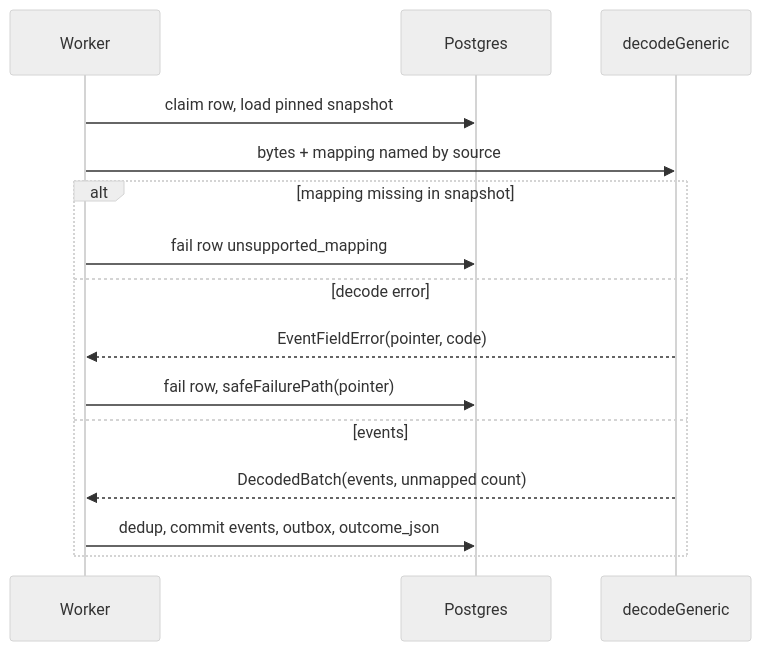
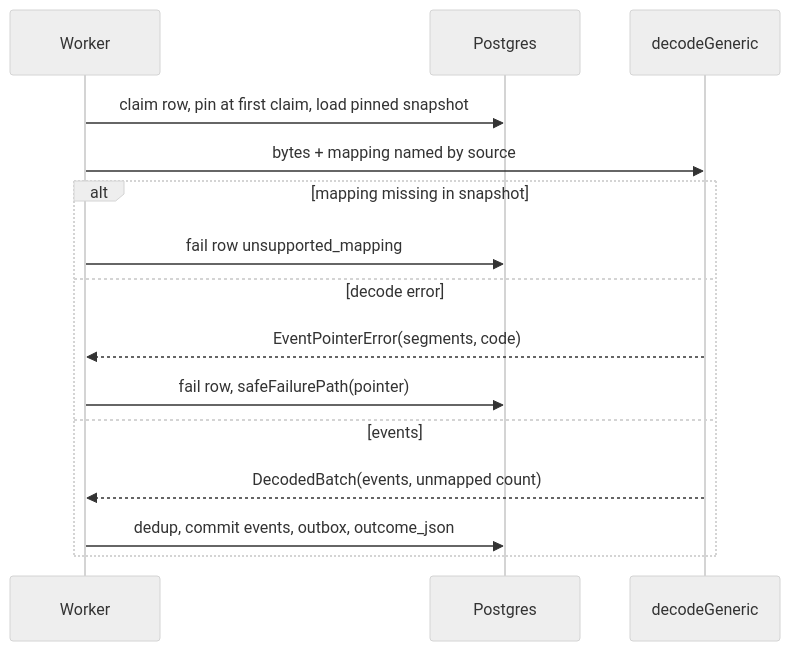
One commit to sh1ny/correlia changed the second of 3 diagrams in openspec/changes/thanos-and-generic-webhook/design.md. Above: the diagram before and after it, drawn with Mermaid (neutral theme). The commit also changed other lines of this file and 4 other files, not shown here.

````diff
--- a/openspec/changes/thanos-and-generic-webhook/design.md
+++ b/openspec/changes/thanos-and-generic-webhook/design.md
@@ -456,17 +481,17 @@
 ```mermaid
 sequenceDiagram
   participant W as Worker
   participant DB as Postgres
   participant D as decodeGeneric
-  W->>DB: claim row, load pinned snapshot
+  W->>DB: claim row, pin at first claim, load pinned snapshot
   W->>D: bytes + mapping named by source
   alt mapping missing in snapshot
     W->>DB: fail row unsupported_mapping
   else decode error
-    D-->>W: EventFieldError(pointer, code)
+    D-->>W: EventPointerError(segments, code)
     W->>DB: fail row, safeFailurePath(pointer)
   else events
     D-->>W: DecodedBatch(events, unmapped count)
     W->>DB: dedup, commit events, outbox, outcome_json
   end
 ```
````
